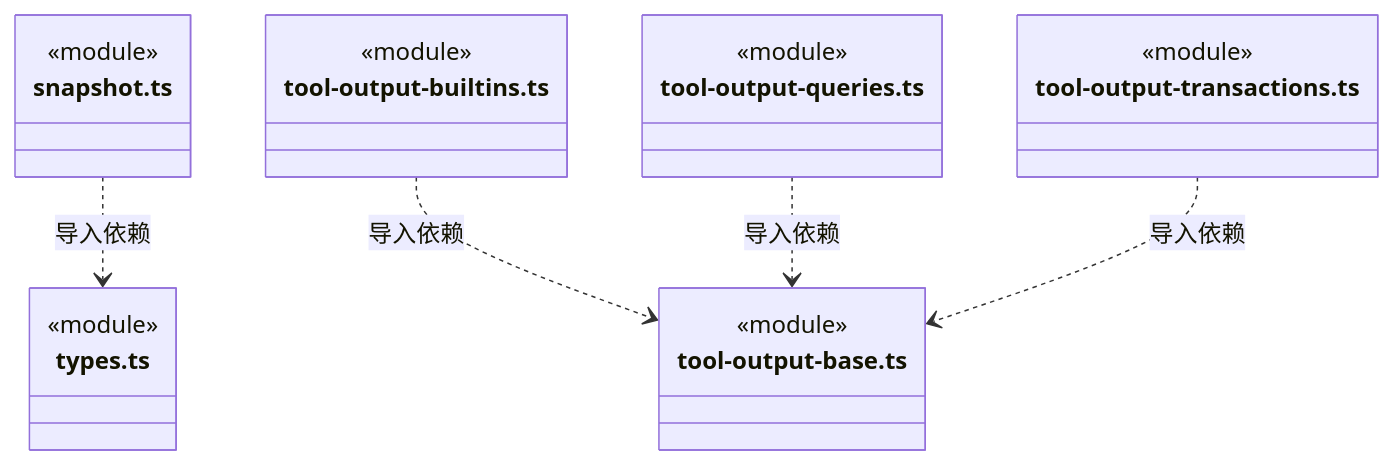
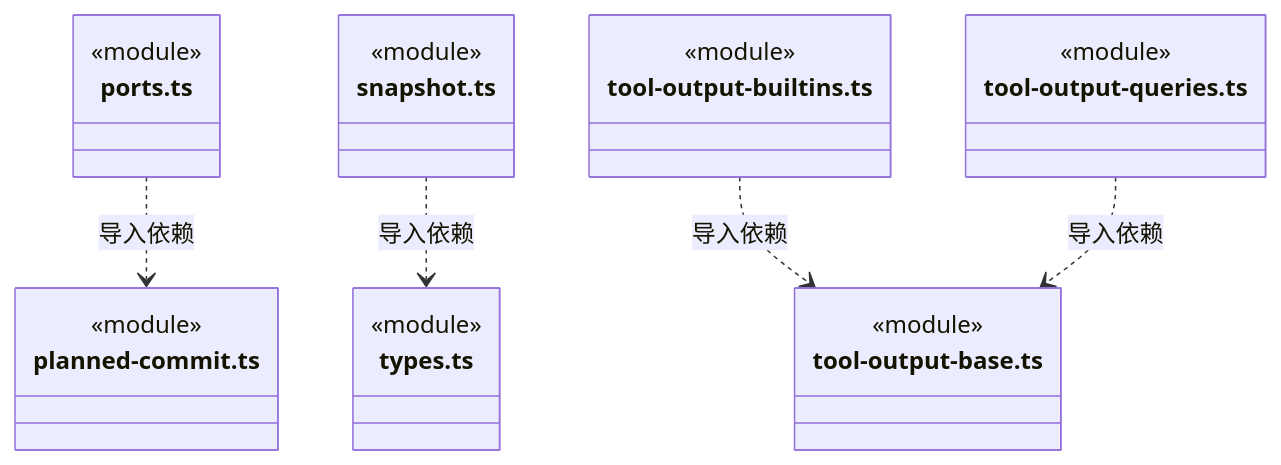
Before and after one commit to nan023062/cbim: diagram 31 of 32 in src/backend/core/knowledge/ARCHITECTURE.md, drawn with Mermaid. The commit also changed other lines of this file and 36 other files, not shown here.

````diff
--- a/src/backend/core/knowledge/ARCHITECTURE.md
+++ b/src/backend/core/knowledge/ARCHITECTURE.md
@@ -727,25 +727,28 @@
 ```mermaid
 classDiagram
+class N_src_backend_core_knowledge_ports_ts["ports.ts"] {
+  <<module>>
+}
+class N_src_backend_core_knowledge_planned_commit_ts["planned-commit.ts"] {
+  <<module>>
+}
 class N_src_backend_core_knowledge_snapshot_ts["snapshot.ts"] {
   <<module>>
 }
 class N_src_backend_core_knowledge_types_ts["types.ts"] {
   <<module>>
 }
 class N_src_backend_core_knowledge_tool_output_builtins_ts["tool-output-builtins.ts"] {
   <<module>>
 }
 class N_src_backend_core_knowledge_tool_output_base_ts["tool-output-base.ts"] {
   <<module>>
 }
 class N_src_backend_core_knowledge_tool_output_queries_ts["tool-output-queries.ts"] {
   <<module>>
 }
-class N_src_backend_core_knowledge_tool_output_transactions_ts["tool-output-transactions.ts"] {
-  <<module>>
-}
+N_src_backend_core_knowledge_ports_ts ..> N_src_backend_core_knowledge_planned_commit_ts : 导入依赖
 N_src_backend_core_knowledge_snapshot_ts ..> N_src_backend_core_knowledge_types_ts : 导入依赖
 N_src_backend_core_knowledge_tool_output_builtins_ts ..> N_src_backend_core_knowledge_tool_output_base_ts : 导入依赖
 N_src_backend_core_knowledge_tool_output_queries_ts ..> N_src_backend_core_knowledge_tool_output_base_ts : 导入依赖
-N_src_backend_core_knowledge_tool_output_transactions_ts ..> N_src_backend_core_knowledge_tool_output_base_ts : 导入依赖
 ```
````
